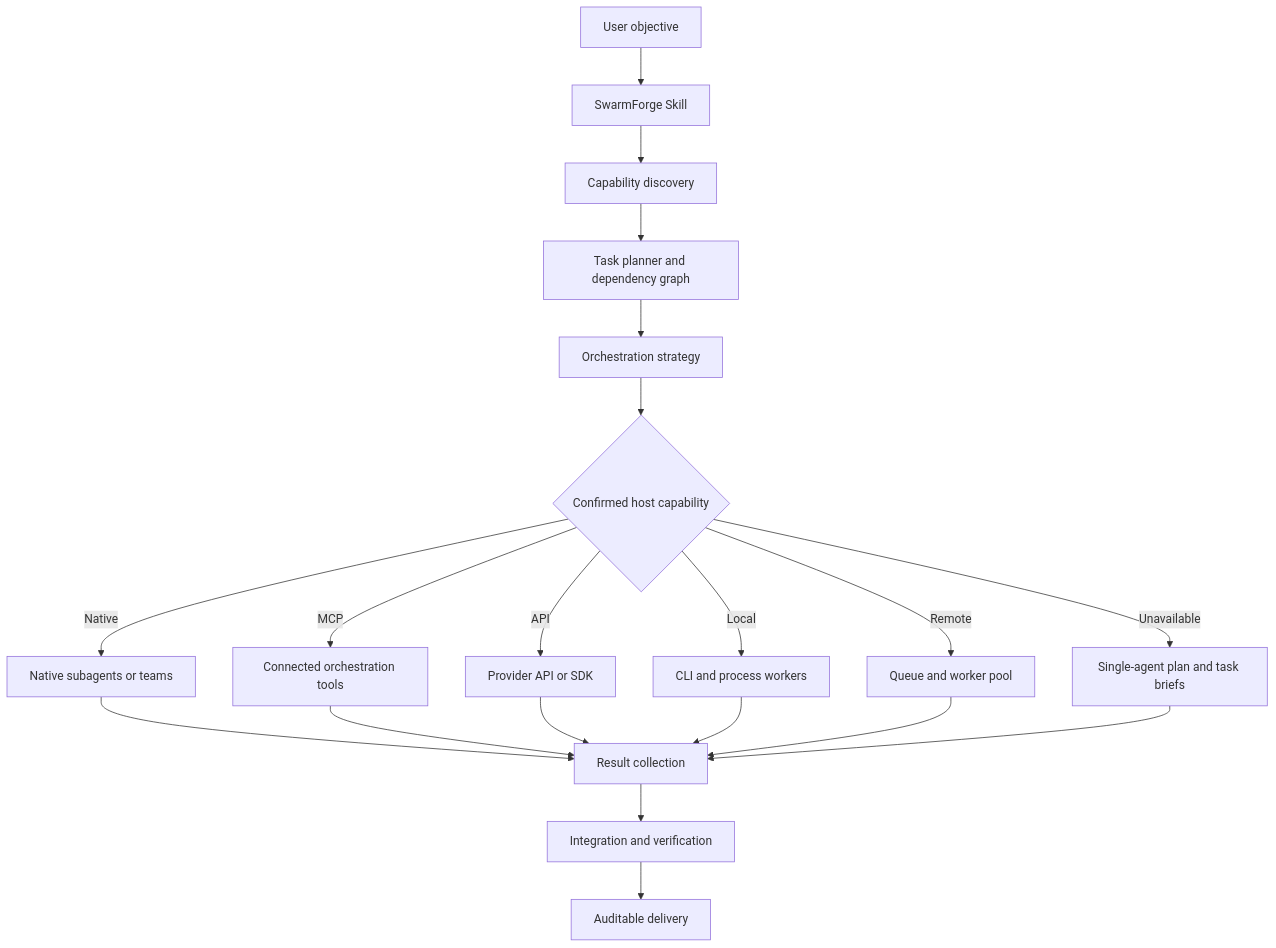
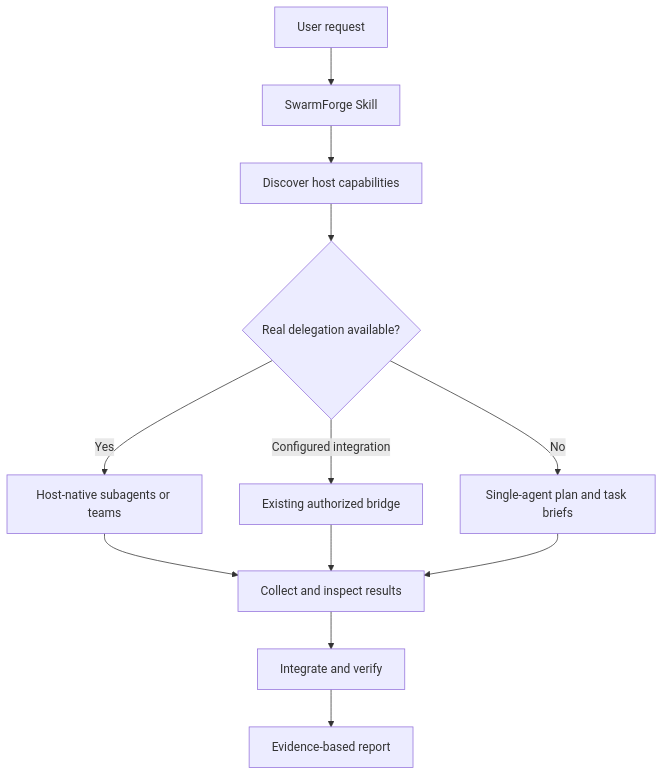
Before and after one commit to VireonNoctis/codespaces-blank: the diagram in docs/ARCHITECTURE.md, drawn with Mermaid. The commit also changed other lines of this file and 6 other files, not shown here.

Commit message:
Refine SwarmForge as a native-first portable Skill

```diff
--- a/docs/ARCHITECTURE.md
+++ b/docs/ARCHITECTURE.md
@@ -11,22 +11,14 @@
 ~~~mermaid
 flowchart TD
-    U[User objective] --> S[SwarmForge Skill]
-    S --> C[Capability discovery]
-    C --> P[Task planner and dependency graph]
-    P --> O[Orchestration strategy]
-    O --> H{Confirmed host capability}
-    H -->|Native| N[Native subagents or teams]
-    H -->|MCP| M[Connected orchestration tools]
-    H -->|API| A[Provider API or SDK]
-    H -->|Local| L[CLI and process workers]
-    H -->|Remote| R[Queue and worker pool]
-    H -->|Unavailable| F[Single-agent plan and task briefs]
-    N --> I[Result collection]
-    M --> I
-    A --> I
-    L --> I
-    R --> I
+    U[User request] --> S[SwarmForge Skill]
+    S --> D[Discover host capabilities]
+    D --> N{Real delegation available?}
+    N -->|Yes| H[Host-native subagents or teams]
+    N -->|Configured integration| X[Existing authorized bridge]
+    N -->|No| F[Single-agent plan and task briefs]
+    H --> I[Collect and inspect results]
+    X --> I
     F --> I
-    I --> V[Integration and verification]
-    V --> D[Auditable delivery]
+    I --> V[Integrate and verify]
+    V --> R[Evidence-based report]
 ~~~
```
